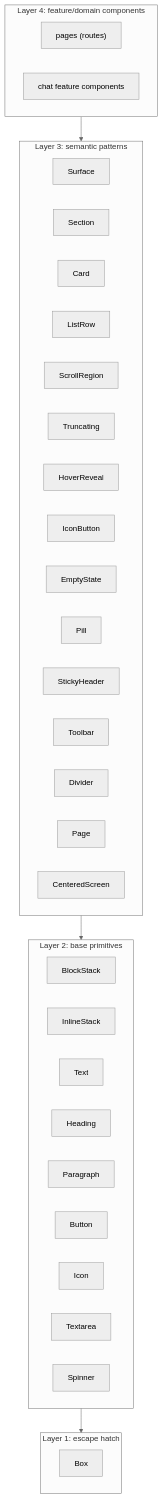
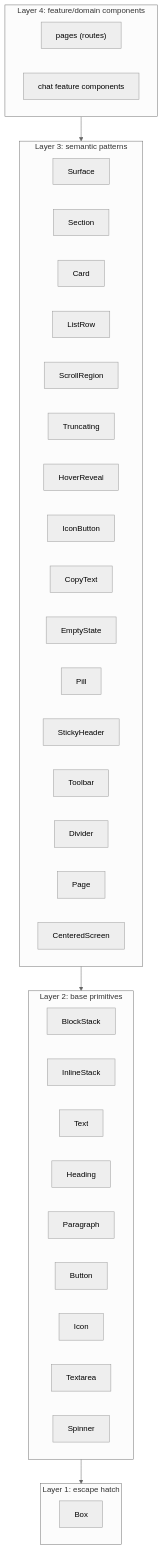
Before and after one commit to TangleML/tangent-shell: the diagram in apps/web/src/shared/ui/DESIGN_SYSTEM.md, drawn with Mermaid (neutral theme). The commit also changed other lines of this file and 16 other files, not shown here.

````diff
--- a/apps/web/src/shared/ui/DESIGN_SYSTEM.md
+++ b/apps/web/src/shared/ui/DESIGN_SYSTEM.md
@@ -13,42 +13,43 @@
 ```mermaid
 flowchart TB
   subgraph L4 [Layer 4: feature/domain components]
     direction LR
     pages["pages (routes)"]
     chat["chat feature components"]
   end
   subgraph L3 [Layer 3: semantic patterns]
     direction LR
     Surface
     Section
     Card
     ListRow
     ScrollRegion
     Truncating
     HoverReveal
     IconButton
+    CopyText
     EmptyState
     Pill
     StickyHeader
     Toolbar
     Divider
     Page
     CenteredScreen
   end
   subgraph L2 [Layer 2: base primitives]
     direction LR
     BlockStack
     InlineStack
     Text
     Heading
     Paragraph
     Button
     Icon
     Textarea
     Spinner
   end
   subgraph L1 [Layer 1: escape hatch]
     Box
   end
   L4 --> L3 --> L2 --> L1
 ```
````
